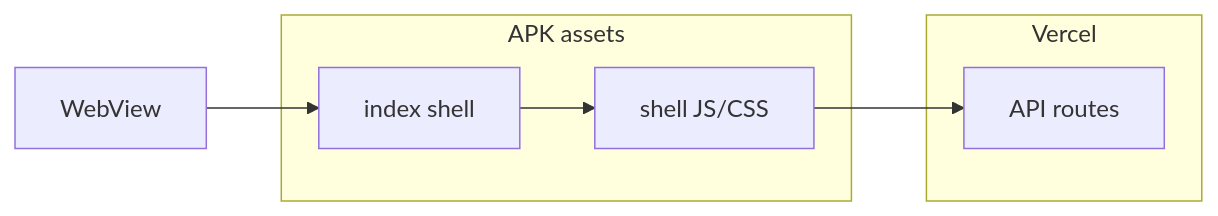
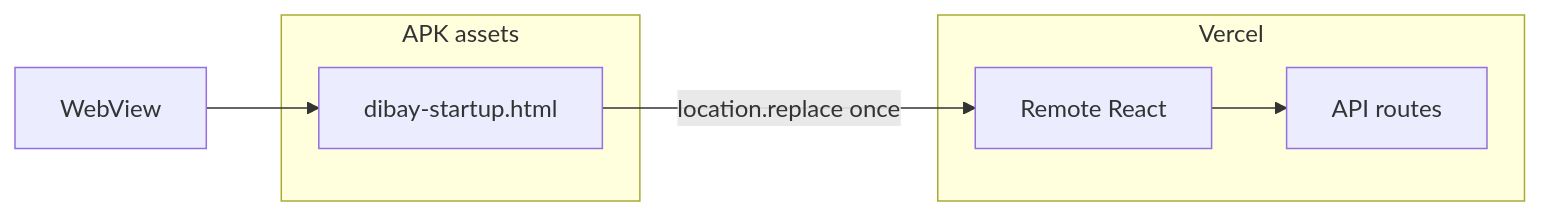
The diagram in docs/dibay-hybrid-local-shell-epic.md (kimbk01/samarket), drawn with Mermaid before and after one commit. The commit also changed other lines of this file and 3 other files, not shown here.

````diff
--- a/docs/dibay-hybrid-local-shell-epic.md
+++ b/docs/dibay-hybrid-local-shell-epic.md
@@ -23,13 +34,13 @@
 ```mermaid
 flowchart LR
   subgraph apk [APK assets]
-    ShellJS[shell JS/CSS]
-    ShellHTML[index shell]
+    BootHTML[dibay-startup.html]
   end
   subgraph remote [Vercel]
+    React[Remote React]
     API[API routes]
   end
-  WebView --> ShellHTML
-  ShellHTML --> ShellJS
-  ShellJS --> API
+  WebView --> BootHTML
+  BootHTML -->|location.replace once| React
+  React --> API
 ```
````
